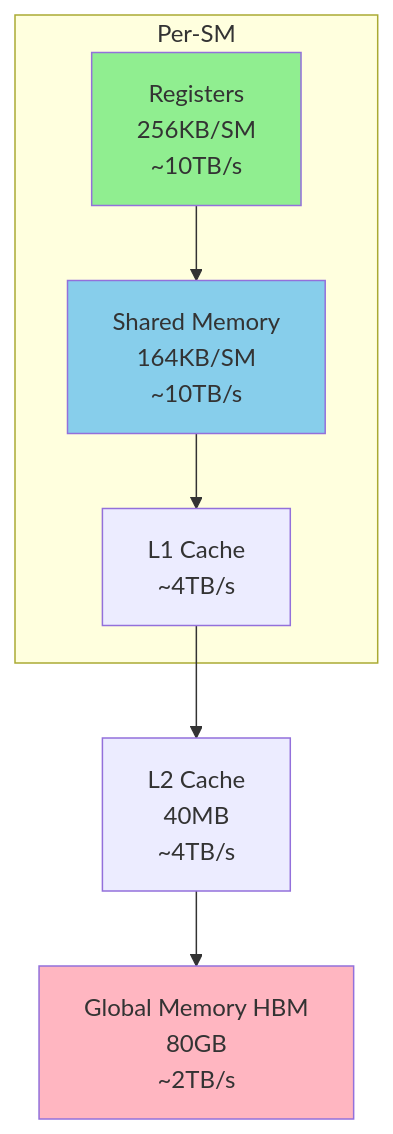
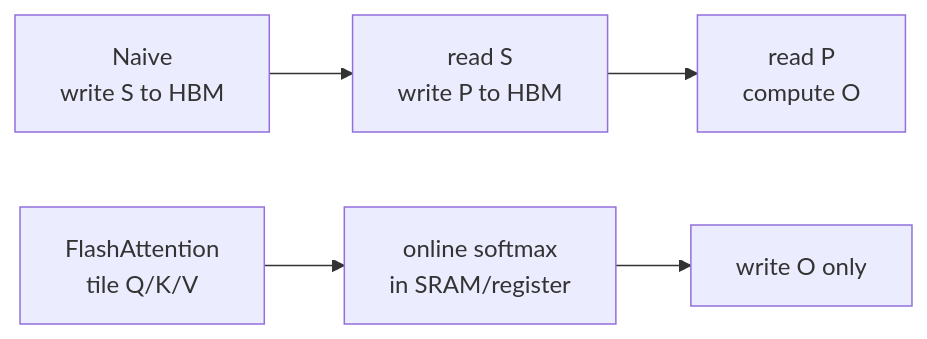
Before and after one commit to JuShuai-gif/cuda_pytorch: the third of 5 diagrams in attention-optimization/notes/chapter_02.md, drawn with Mermaid. The commit also changed other lines of this file and 98 other files, not shown here.

````diff
--- a/attention-optimization/notes/chapter_02.md
+++ b/attention-optimization/notes/chapter_02.md
@@ -55,17 +104,8 @@
 ```mermaid
-graph TD
-    subgraph "Per-SM"
-        R[Registers<br/>256KB/SM<br/>~10TB/s]
-        SM[Shared Memory<br/>164KB/SM<br/>~10TB/s]
-        L1[L1 Cache<br/>~4TB/s]
-    end
+graph LR
+    A[Naive<br/>write S to HBM] --> B[read S<br/>write P to HBM]
+    B --> C[read P<br/>compute O]
 
-    L2[L2 Cache<br/>40MB<br/>~4TB/s]
-    HBM[Global Memory HBM<br/>80GB<br/>~2TB/s]
-
-    R --> SM --> L1 --> L2 --> HBM
-
-    style R fill:#90EE90
-    style SM fill:#87CEEB
-    style HBM fill:#FFB6C1
+    D[FlashAttention<br/>tile Q/K/V] --> E[online softmax<br/>in SRAM/register]
+    E --> F[write O only]
 ```
````
